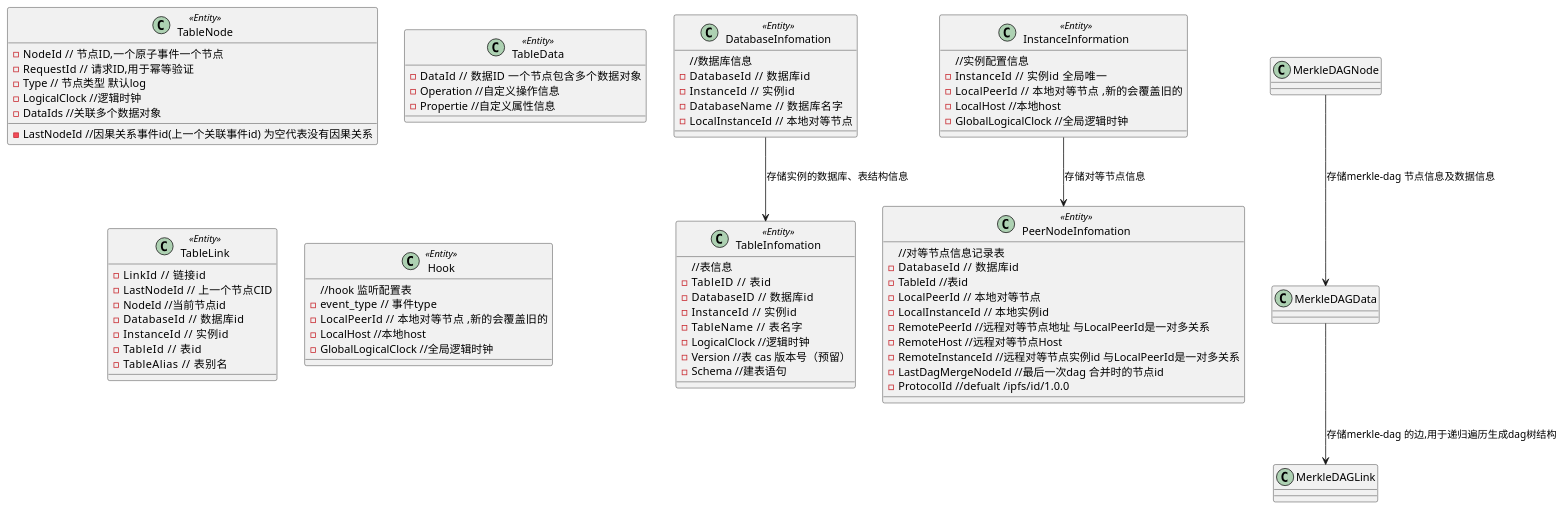
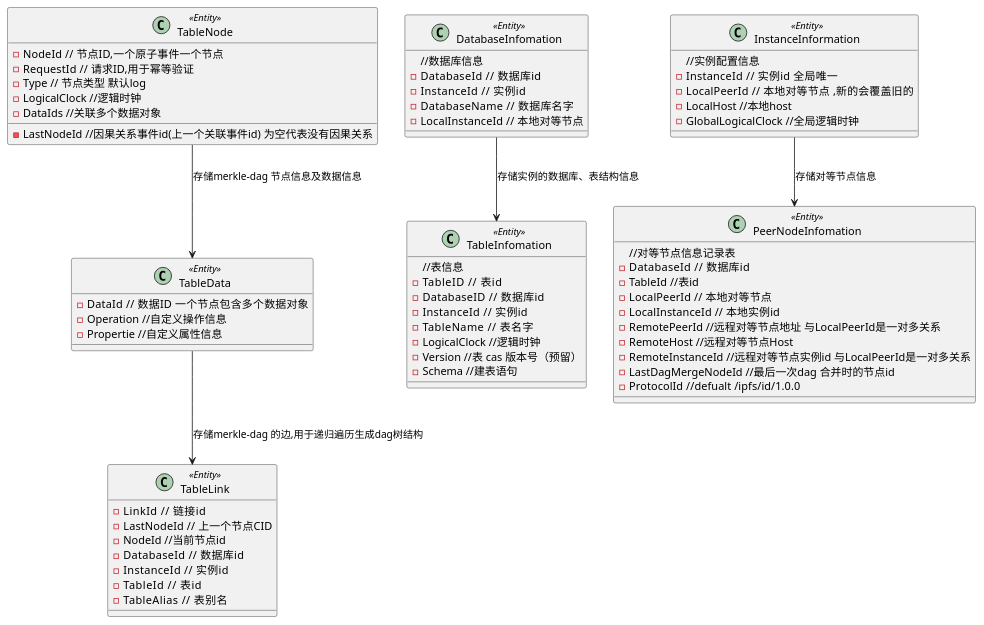
One commit to Rock-Lee-520/p2pdb changed the diagram in docs/zh-cn/entity/persistence.puml. Above: the diagram before and after it, drawn with PlantUML. The commit also changed 1 other file, not shown here.

```diff
--- a/docs/zh-cn/entity/persistence.puml
+++ b/docs/zh-cn/entity/persistence.puml
@@ -3,106 +3,105 @@
 @startuml
 
 class TableNode <<Entity>> {
     - NodeId  // 节点ID,一个原子事件一个节点
     - RequestId //  请求ID,用于幂等验证
     - Type // 节点类型 默认log
     - LogicalClock //逻辑时钟
     - LastNodeId //因果关系事件id(上一个关联事件id) 为空代表没有因果关系                 
     - DataIds //关联多个数据对象            
 }
 
 
 class TableData <<Entity>> {
     - DataId  // 数据ID  一个节点包含多个数据对象
     - Operation //自定义操作信息
     - Propertie //自定义属性信息                 
 }
 
 class TableLink <<Entity>> {
     - LinkId   // 链接id
     - LastNodeId  // 上一个节点CID
     - NodeId //当前节点id
     - DatabaseId   // 数据库id
     - InstanceId   // 实例id
     - TableId   // 表id
     - TableAlias   // 表别名
 }
 
 
 class DatabaseInfomation <<Entity>> {
     //数据库信息
     - DatabaseId   // 数据库id
     - InstanceId   // 实例id
     - DatabaseName   // 数据库名字
     - LocalInstanceId  // 本地对等节点
 }
 
 
 class TableInfomation <<Entity>> {
     //表信息
     - TableID   // 表id 
     - DatabaseID   // 数据库id 
     - InstanceId   // 实例id
     - TableName   // 表名字
     - LogicalClock //逻辑时钟
     - Version //表 cas 版本号（预留）
     - Schema //建表语句
 
 }
 
 
 class PeerNodeInfomation <<Entity>> {
     //对等节点信息记录表
     - DatabaseId   // 数据库id
     - TableId //表id
     - LocalPeerId  // 本地对等节点
     - LocalInstanceId  // 本地实例id
     - RemotePeerId //远程对等节点地址 与LocalPeerId是一对多关系
     - RemoteHost //远程对等节点Host 
     - RemoteInstanceId //远程对等节点实例id 与LocalPeerId是一对多关系
     - LastDagMergeNodeId //最后一次dag 合并时的节点id
     - ProtocolId  //defualt /ipfs/id/1.0.0
 }
 
 
 
 
 
 
 class InstanceInformation <<Entity>> {
     //实例配置信息
     - InstanceId  // 实例id  全局唯一
     - LocalPeerId  // 本地对等节点  ,新的会覆盖旧的
     - LocalHost //本地host
     - GlobalLogicalClock //全局逻辑时钟
 
 }
 
 
-class Hook <<Entity>> {
-    //hook 监听配置表
-    - event_type  // 事件type
-    - LocalPeerId  // 本地对等节点  ,新的会覆盖旧的
-    - LocalHost //本地host
-    - GlobalLogicalClock //全局逻辑时钟
-
-}
+' class Hook <<Entity>> {
+'     //hook 监听配置表
+'     - event_type  // 事件type
+'     - LocalPeerId  // 本地对等节点  ,新的会覆盖旧的
+'     - LocalHost //本地host
+'     - GlobalLogicalClock //全局逻辑时钟
+' }
 
 
 
 InstanceInformation --> PeerNodeInfomation : 存储对等节点信息
 ' note on link #red: note that is red
 
 
 ' PeerNodeInfomation --> NodeSyncInfomation : A link
-MerkleDAGNode --> MerkleDAGData : 存储merkle-dag 节点信息及数据信息
+TableNode --> TableData : 存储merkle-dag 节点信息及数据信息
 ' note right on link #blue
 ' this is my note on right link
 ' end note
 
-MerkleDAGData --> MerkleDAGLink : 存储merkle-dag 的边,用于递归遍历生成dag树结构
+TableData --> TableLink : 存储merkle-dag 的边,用于递归遍历生成dag树结构
 ' note right on link #blue
 ' this is my note on right link
 ' end note
 DatabaseInfomation --> TableInfomation :存储实例的数据库、表结构信息
 @enduml
```
